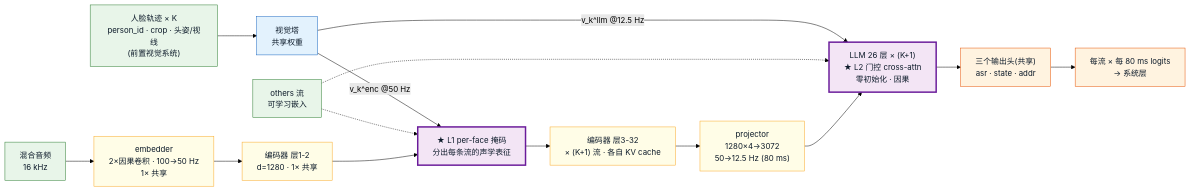
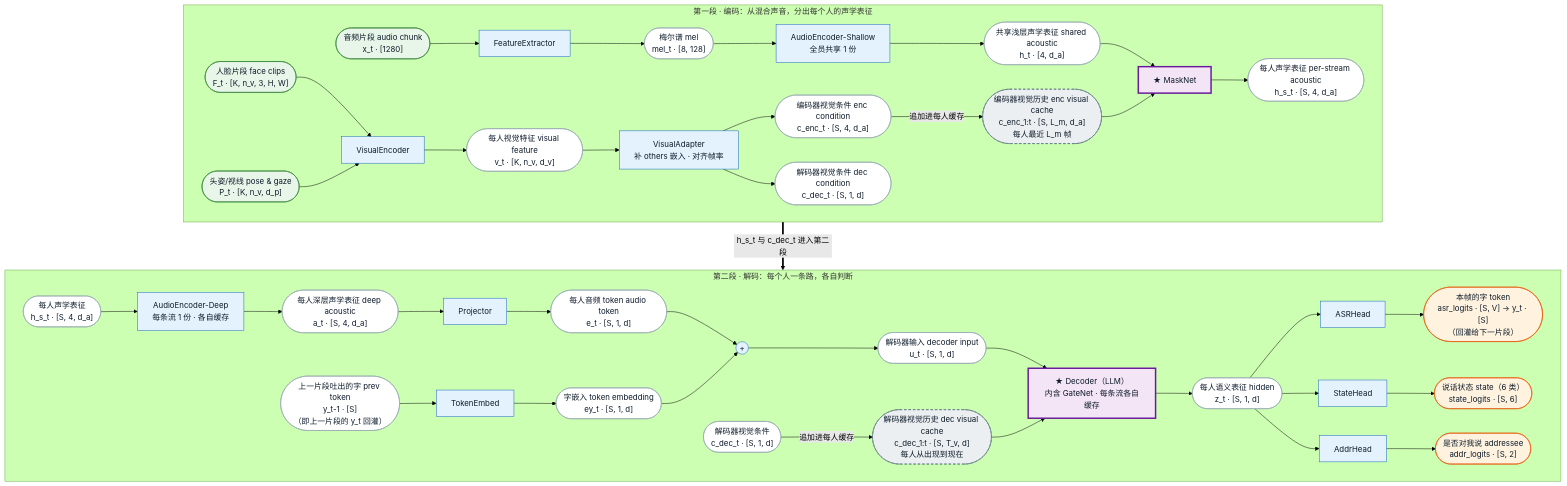
The second of 4 diagrams in AV-SemanticVAD/docs/plan/architecture.md (yutian929/SemanticVAD), drawn with Mermaid (forest theme) before and after one commit. The commit also changed other lines of this file and 1 other file, not shown here.

````diff
--- a/AV-SemanticVAD/docs/plan/architecture.md
+++ b/AV-SemanticVAD/docs/plan/architecture.md
@@ -121,29 +104,70 @@
 ```mermaid
-flowchart LR
-    classDef inp  fill:#e8f5e9,stroke:#2e7d32,color:#0d1b2a;
-    classDef vis  fill:#e3f2fd,stroke:#1565c0,color:#0d1b2a;
-    classDef aud  fill:#fffde7,stroke:#f9a825,color:#0d1b2a;
+flowchart TB
+    classDef inp fill:#e8f5e9,stroke:#2e7d32,color:#0d1b2a;
+    classDef mod fill:#e3f2fd,stroke:#1565c0,color:#0d1b2a;
     classDef star fill:#f3e5f5,stroke:#6a1b9a,color:#0d1b2a,stroke-width:3px;
+    classDef var fill:#ffffff,stroke:#90a4ae,color:#0d1b2a;
     classDef outp fill:#fff3e0,stroke:#e65100,color:#0d1b2a;
+    classDef cache fill:#eceff1,stroke:#546e7a,color:#0d1b2a,stroke-dasharray:5 4;
 
-    FACE["人脸轨迹 × K<br/>person_id · crop · 头姿/视线<br/>(前置视觉系统)"]:::inp
-    OTH["others 流<br/>可学习嵌入"]:::inp
-    AUD["混合音频<br/>16 kHz"]:::inp
+    subgraph R1["第一段 · 编码：从混合声音，分出每个人的声学表征"]
+        direction LR
+        X(["音频片段 audio chunk<br/>x_t · [1280]"]):::inp
+        F(["人脸片段 face clips<br/>F_t · [K, n_v, 3, H, W]"]):::inp
+        P(["头姿/视线 pose & gaze<br/>P_t · [K, n_v, d_p]"]):::inp
+        FE["FeatureExtractor"]:::mod
+        MEL(["梅尔谱 mel<br/>mel_t · [8, 128]"]):::var
+        ENCS["AudioEncoder-Shallow<br/>全员共享 1 份"]:::mod
+        H(["共享浅层声学表征 shared acoustic<br/>h_t · [4, d_a]"]):::var
+        VE["VisualEncoder"]:::mod
+        V(["每人视觉特征 visual feature<br/>v_t · [K, n_v, d_v]"]):::var
+        VA["VisualAdapter<br/>补 others 嵌入 · 对齐帧率"]:::mod
+        CE(["编码器视觉条件 enc condition<br/>c_enc_t · [S, 4, d_a]"]):::var
+        CD(["解码器视觉条件 dec condition<br/>c_dec_t · [S, 1, d]"]):::var
+        CEH(["编码器视觉历史 enc visual cache<br/>c_enc_1:t · [S, L_m, d_a]<br/>每人最近 L_m 帧"]):::cache
+        MN["★ MaskNet"]:::star
+        HS(["每人声学表征 per-stream acoustic<br/>h_s_t · [S, 4, d_a]"]):::var
 
-    VT["视觉塔<br/>共享权重"]:::vis
-    EMB["embedder<br/>2×因果卷积 · 100→50 Hz<br/>1× 共享"]:::aud
-    E12["编码器 层1-2<br/>d=1280 · 1× 共享"]:::aud
-    L1["★ L1 per-face 掩码<br/>分出每条流的声学表征"]:::star
-    E332["编码器 层3-32<br/>× (K+1) 流 · 各自 KV cache"]:::aud
-    PROJ["projector<br/>1280×4→3072<br/>50→12.5 Hz (80 ms)"]:::aud
-    LLM["LLM 26 层 × (K+1)<br/>★ L2 门控 cross-attn<br/>零初始化 · 因果"]:::star
-    HEAD["三个输出头(共享)<br/>asr · state · addr"]:::outp
-    OUT["每流 × 每 80 ms logits<br/>→ 系统层"]:::outp
+        X --> FE --> MEL --> ENCS --> H --> MN
+        F --> VE
+        P --> VE
+        VE --> V --> VA --> CE -->|"追加进每人缓存"| CEH --> MN
+        VA --> CD
+        MN --> HS
+    end
 
-    FACE --> VT
-    VT -->|"v_k^enc @50 Hz"| L1
-    VT -->|"v_k^llm @12.5 Hz"| LLM
-    OTH -.-> L1
-    OTH -.-> LLM
-    AUD --> EMB --> E12 --> L1 --> E332 --> PROJ --> LLM --> HEAD --> OUT
+    subgraph R2["第二段 · 解码：每个人一条路，各自判断"]
+        direction LR
+        HS2(["每人声学表征<br/>h_s_t · [S, 4, d_a]"]):::var
+        ENCD["AudioEncoder-Deep<br/>每条流 1 份 · 各自缓存"]:::mod
+        A(["每人深层声学表征 deep acoustic<br/>a_t · [S, 4, d_a]"]):::var
+        PJ["Projector"]:::mod
+        E(["每人音频 token audio token<br/>e_t · [S, 1, d]"]):::var
+        Y0(["上一片段吐出的字 prev token<br/>y_t-1 · [S]<br/>（即上一片段的 y_t 回灌）"]):::var
+        EMB["TokenEmbed"]:::mod
+        EY(["字嵌入 token embedding<br/>ey_t · [S, 1, d]"]):::var
+        ADD(("+")):::mod
+        U(["解码器输入 decoder input<br/>u_t · [S, 1, d]"]):::var
+        CD2(["解码器视觉条件<br/>c_dec_t · [S, 1, d]"]):::var
+        CDH(["解码器视觉历史 dec visual cache<br/>c_dec_1:t · [S, T_v, d]<br/>每人从出现到现在"]):::cache
+        DEC["★ Decoder（LLM）<br/>内含 GateNet · 每条流各自缓存"]:::star
+        Z(["每人语义表征 hidden<br/>z_t · [S, 1, d]"]):::var
+        AH["ASRHead"]:::mod
+        SH["StateHead"]:::mod
+        RH["AddrHead"]:::mod
+        YT(["本帧的字 token<br/>asr_logits · [S, V] → y_t · [S]<br/>（回灌给下一片段）"]):::outp
+        ST(["说话状态 state（6 类）<br/>state_logits · [S, 6]"]):::outp
+        RT(["是否对我说 addressee<br/>addr_logits · [S, 2]"]):::outp
+
+        HS2 --> ENCD --> A --> PJ --> E --> ADD
+        Y0 --> EMB --> EY --> ADD
+        ADD --> U --> DEC
+        CD2 -->|"追加进每人缓存"| CDH --> DEC
+        DEC --> Z
+        Z --> AH --> YT
+        Z --> SH --> ST
+        Z --> RH --> RT
+    end
+
+    R1 ==>|"h_s_t 与 c_dec_t 进入第二段"| R2
 ```
````
